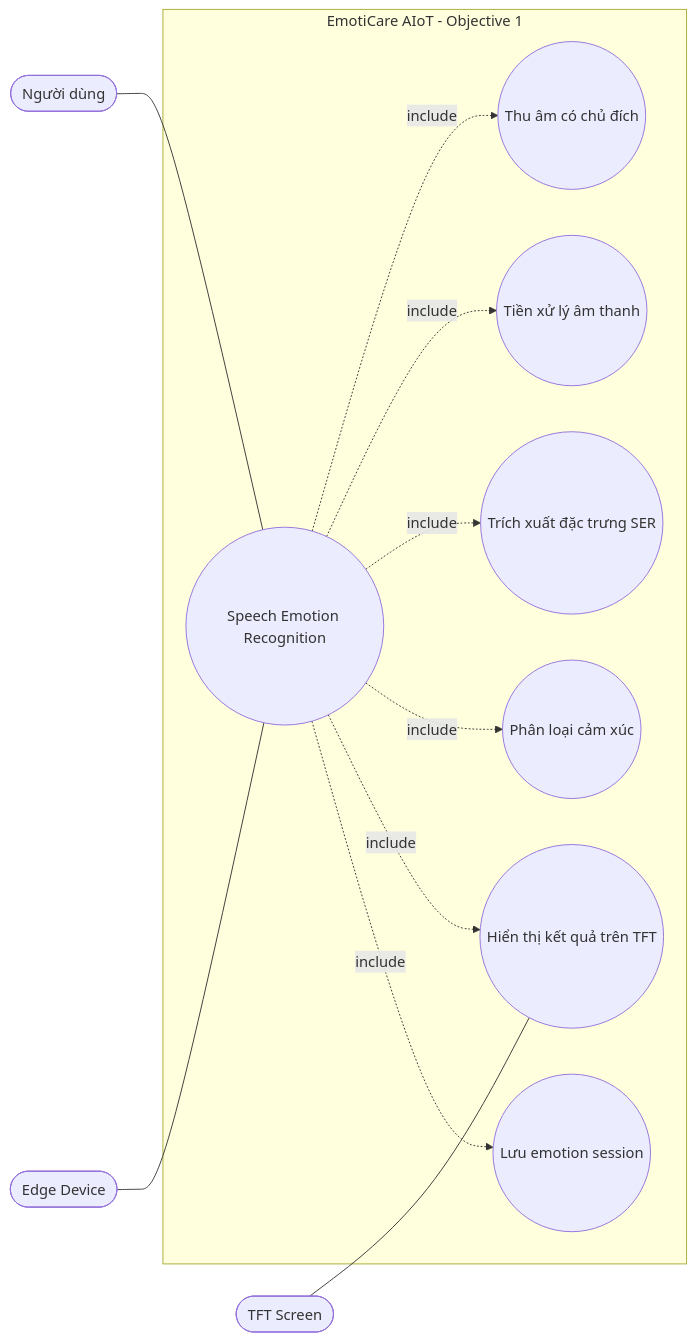
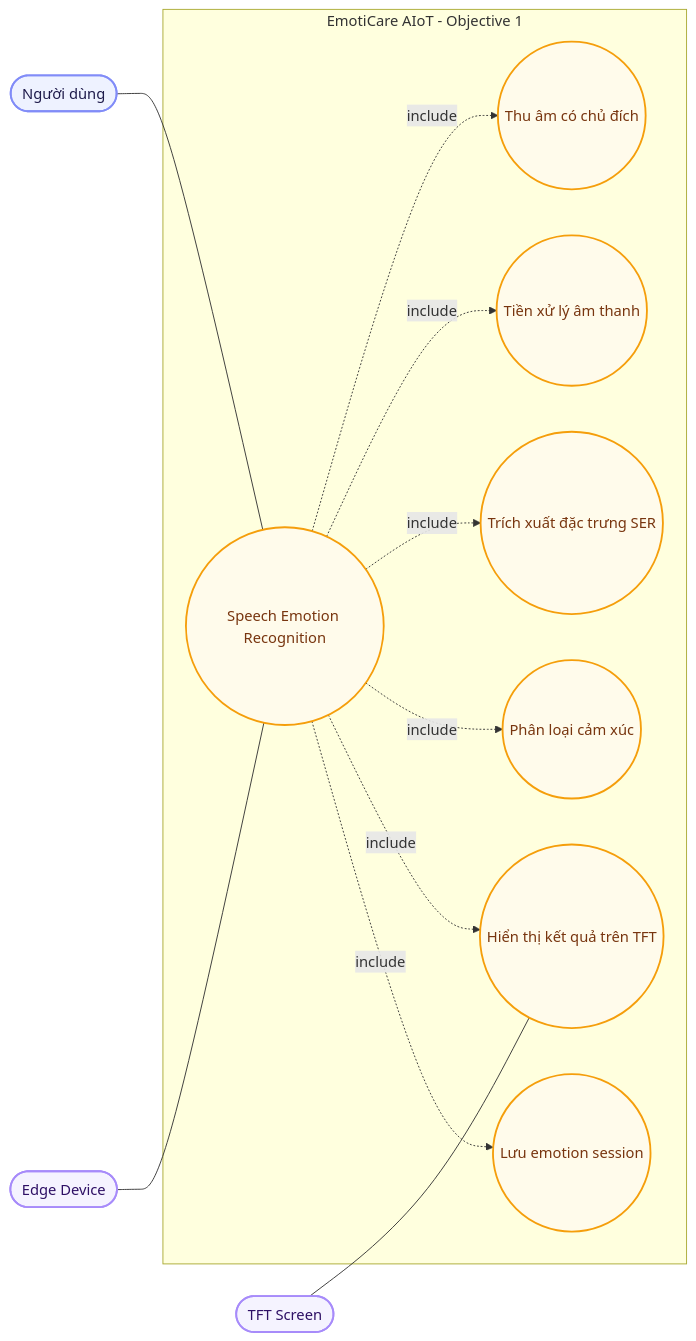
The third of 12 diagrams in docs/Spectification/EmotiCareAIoT/03_Objectives.md (Computer-Vision-HCMUS/AIoT-Server), drawn with Mermaid before and after one commit. The commit also changed other lines of this file and 88 other files, not shown here.

````diff
--- a/docs/Spectification/EmotiCareAIoT/03_Objectives.md
+++ b/docs/Spectification/EmotiCareAIoT/03_Objectives.md
@@ -127,26 +160,37 @@
 ```mermaid
 flowchart LR
     User(["Người dùng"])
     Edge(["Edge Device"])
     TFT(["TFT Screen"])
 
     subgraph System["EmotiCare AIoT - Objective 1"]
         UC01(("Speech Emotion Recognition"))
         UC01A(("Thu âm có chủ đích"))
         UC01B(("Tiền xử lý âm thanh"))
         UC01C(("Trích xuất đặc trưng SER"))
         UC01D(("Phân loại cảm xúc"))
         UC01E(("Hiển thị kết quả trên TFT"))
         UC01F(("Lưu emotion session"))
     end
 
     User --- UC01
     Edge --- UC01
     TFT --- UC01E
     UC01 -. "include" .-> UC01A
     UC01 -. "include" .-> UC01B
     UC01 -. "include" .-> UC01C
     UC01 -. "include" .-> UC01D
     UC01 -. "include" .-> UC01E
     UC01 -. "include" .-> UC01F
+
+
+    classDef userNode stroke:#818cf8,fill:#eef2ff,stroke-width:2px,color:#1e1b4b
+    classDef edgeNode stroke:#a78bfa,fill:#f5f3ff,stroke-width:2px,color:#2e1065
+    classDef cacheNode stroke:#2dd4bf,fill:#f0fdfa,stroke-width:2px,color:#0d5a57
+    classDef cloudNode stroke:#38bdf8,fill:#f0f9ff,stroke-width:2px,color:#0c3d67
+    classDef serviceNode stroke:#4ade80,fill:#f0fdf4,stroke-width:2px,color:#1a3a1a
+    classDef actionNode stroke:#f59e0b,fill:#fffbeb,stroke-width:2px,color:#78350f
+    class User userNode
+    class Edge,TFT edgeNode
+    class UC01,UC01A,UC01B,UC01C,UC01D,UC01E,UC01F actionNode
 ```
````
